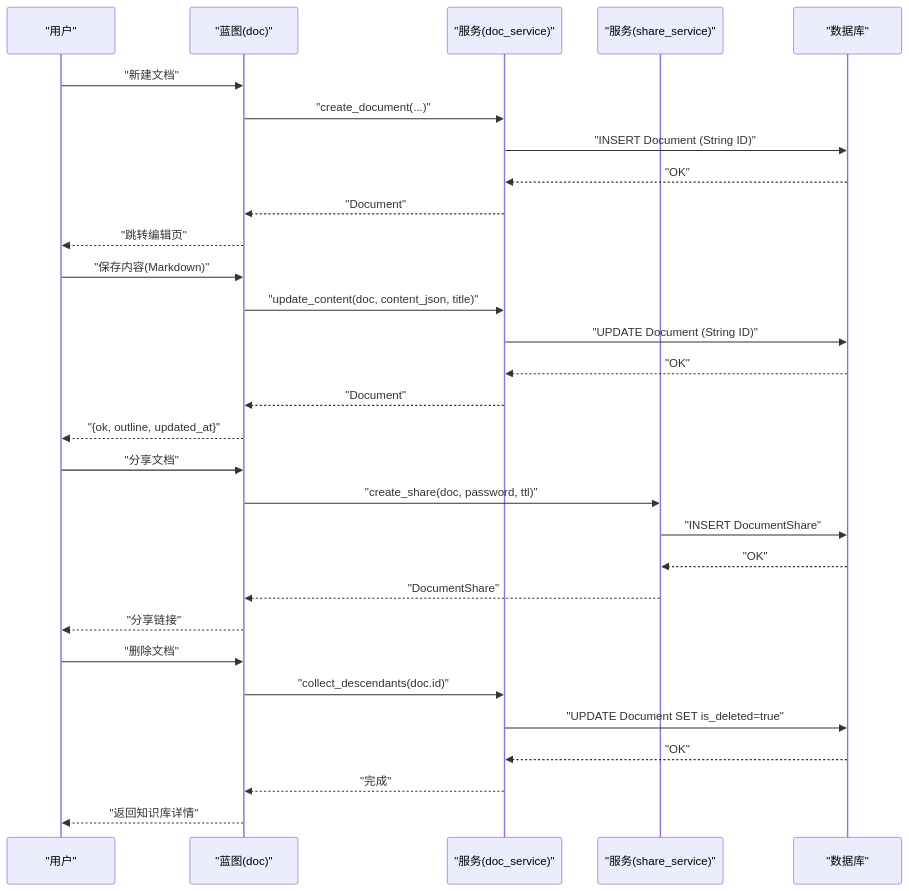
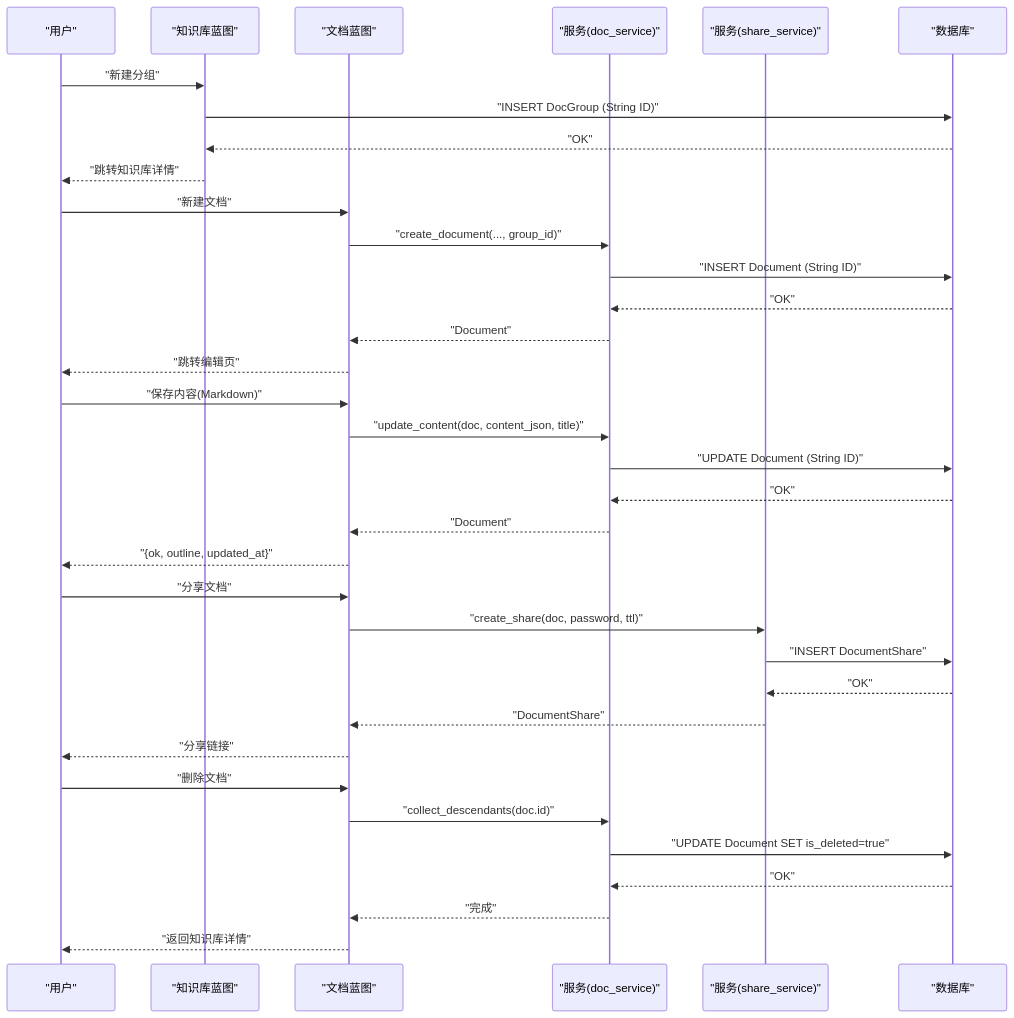
Before and after one commit to beyondalbert/my_wiki: the seventh of 8 diagrams in .qoder/repowiki/zh/content/数据模型设计/文档模型.md, drawn with Mermaid. The commit also changed other lines of this file and 5 other files, not shown here.

````diff
--- a/.qoder/repowiki/zh/content/数据模型设计/文档模型.md
+++ b/.qoder/repowiki/zh/content/数据模型设计/文档模型.md
@@ -378,32 +495,37 @@
 ```mermaid
 sequenceDiagram
 participant U as "用户"
-participant BP as "蓝图(doc)"
+participant KB as "知识库蓝图"
+participant DOC as "文档蓝图"
 participant SVC as "服务(doc_service)"
 participant SH as "服务(share_service)"
 participant DB as "数据库"
-U->>BP : "新建文档"
-BP->>SVC : "create_document(...)"
+U->>KB : "新建分组"
+KB->>DB : "INSERT DocGroup (String ID)"
+DB-->>KB : "OK"
+KB-->>U : "跳转知识库详情"
+U->>DOC : "新建文档"
+DOC->>SVC : "create_document(..., group_id)"
 SVC->>DB : "INSERT Document (String ID)"
 DB-->>SVC : "OK"
-SVC-->>BP : "Document"
-BP-->>U : "跳转编辑页"
-U->>BP : "保存内容(Markdown)"
-BP->>SVC : "update_content(doc, content_json, title)"
+SVC-->>DOC : "Document"
+DOC-->>U : "跳转编辑页"
+U->>DOC : "保存内容(Markdown)"
+DOC->>SVC : "update_content(doc, content_json, title)"
 SVC->>DB : "UPDATE Document (String ID)"
 DB-->>SVC : "OK"
-SVC-->>BP : "Document"
-BP-->>U : "{ok, outline, updated_at}"
-U->>BP : "分享文档"
-BP->>SH : "create_share(doc, password, ttl)"
+SVC-->>DOC : "Document"
+DOC-->>U : "{ok, outline, updated_at}"
+U->>DOC : "分享文档"
+DOC->>SH : "create_share(doc, password, ttl)"
 SH->>DB : "INSERT DocumentShare"
 DB-->>SH : "OK"
-SH-->>BP : "DocumentShare"
-BP-->>U : "分享链接"
-U->>BP : "删除文档"
-BP->>SVC : "collect_descendants(doc.id)"
+SH-->>DOC : "DocumentShare"
+DOC-->>U : "分享链接"
+U->>DOC : "删除文档"
+DOC->>SVC : "collect_descendants(doc.id)"
 SVC->>DB : "UPDATE Document SET is_deleted=true"
 DB-->>SVC : "OK"
-SVC-->>BP : "完成"
-BP-->>U : "返回知识库详情"
+SVC-->>DOC : "完成"
+DOC-->>U : "返回知识库详情"
 ```
````
